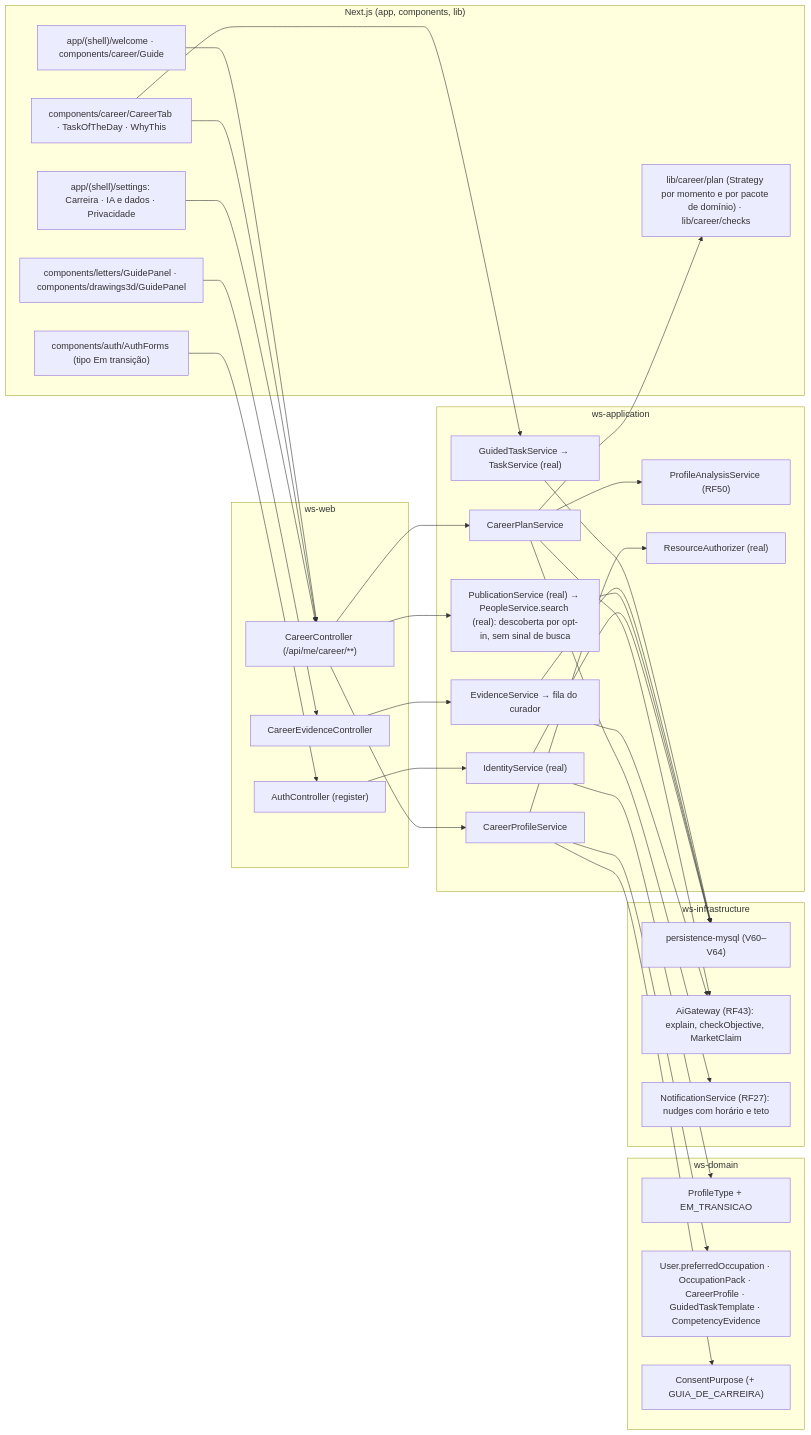
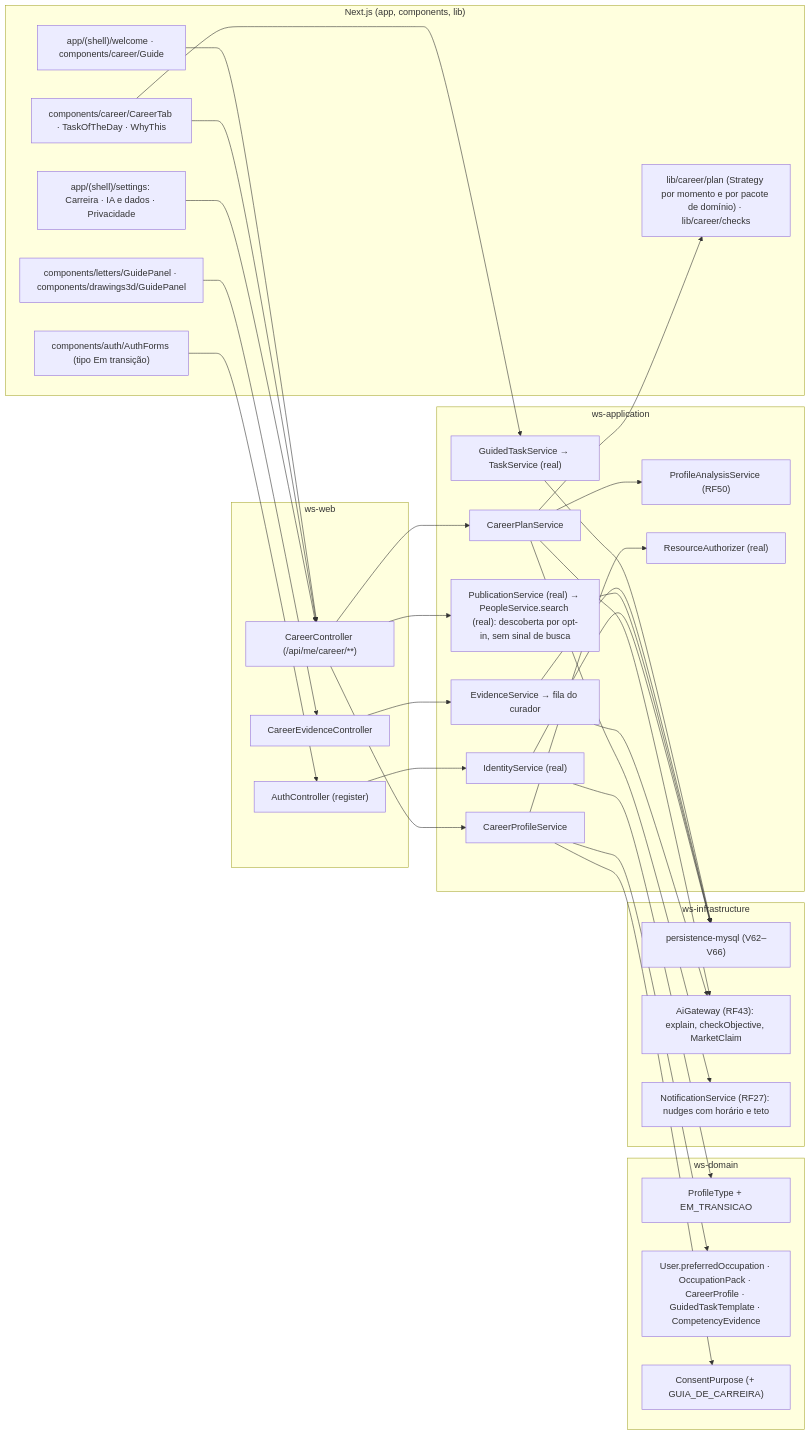
The sixth of 6 diagrams in docs/diagramas/RF75/README.md (MatheusHaliski/Decia-app-2026), drawn with Mermaid before and after one commit. The commit also changed other lines of this file and 83 other files, not shown here.

````diff
--- a/docs/diagramas/RF75/README.md
+++ b/docs/diagramas/RF75/README.md
@@ -427,49 +427,49 @@
 ```mermaid
 flowchart LR
   subgraph WEB["Next.js (app, components, lib)"]
     REG["components/auth/AuthForms (tipo Em transição)"]
     WEL["app/(shell)/welcome · components/career/Guide"]
     CAR["components/career/CareerTab · TaskOfTheDay · WhyThis"]
     SET["app/(shell)/settings: Carreira · IA e dados · Privacidade"]
     GUI["components/letters/GuidePanel · components/drawings3d/GuidePanel"]
     PLN["lib/career/plan (Strategy por momento e por pacote de domínio) · lib/career/checks"]
   end
   subgraph WSWEB["ws-web"]
     AC["AuthController (register)"]
     CC["CareerController (/api/me/career/**)"]
     EC["CareerEvidenceController"]
   end
   subgraph APP["ws-application"]
     IDS["IdentityService (real)"]
     CPS["CareerProfileService"]
     CPL["CareerPlanService"]
     GTS["GuidedTaskService → TaskService (real)"]
     EVS["EvidenceService → fila do curador"]
     PUB["PublicationService (real) → PeopleService.search (real): descoberta por opt-in, sem sinal de busca"]
     PAS["ProfileAnalysisService (RF50)"]
     RA["ResourceAuthorizer (real)"]
   end
   subgraph DOM["ws-domain"]
     PT["ProfileType + EM_TRANSICAO"]
     CPR["User.preferredOccupation · OccupationPack · CareerProfile · GuidedTaskTemplate · CompetencyEvidence"]
     CONS["ConsentPurpose (+ GUIA_DE_CARREIRA)"]
   end
   subgraph INFRA["ws-infrastructure"]
-    MYSQL["persistence-mysql (V60–V64)"]
+    MYSQL["persistence-mysql (V62–V66)"]
     AIG["AiGateway (RF43): explain, checkObjective, MarketClaim"]
     NOTIF["NotificationService (RF27): nudges com horário e teto"]
   end
   REG --> AC --> IDS --> PT
   WEL --> CC --> CPS --> CPR
   CAR --> CC --> CPL --> PLN
   CPL --> AIG
   CAR --> GTS --> MYSQL
   GUI --> EC --> EVS --> MYSQL
   EVS --> AIG
   SET --> CC --> PUB --> MYSQL
   CPS --> RA
   CPL --> PAS
   CPS --> CONS
   CPL --> NOTIF
   IDS --> MYSQL
 ```
````
